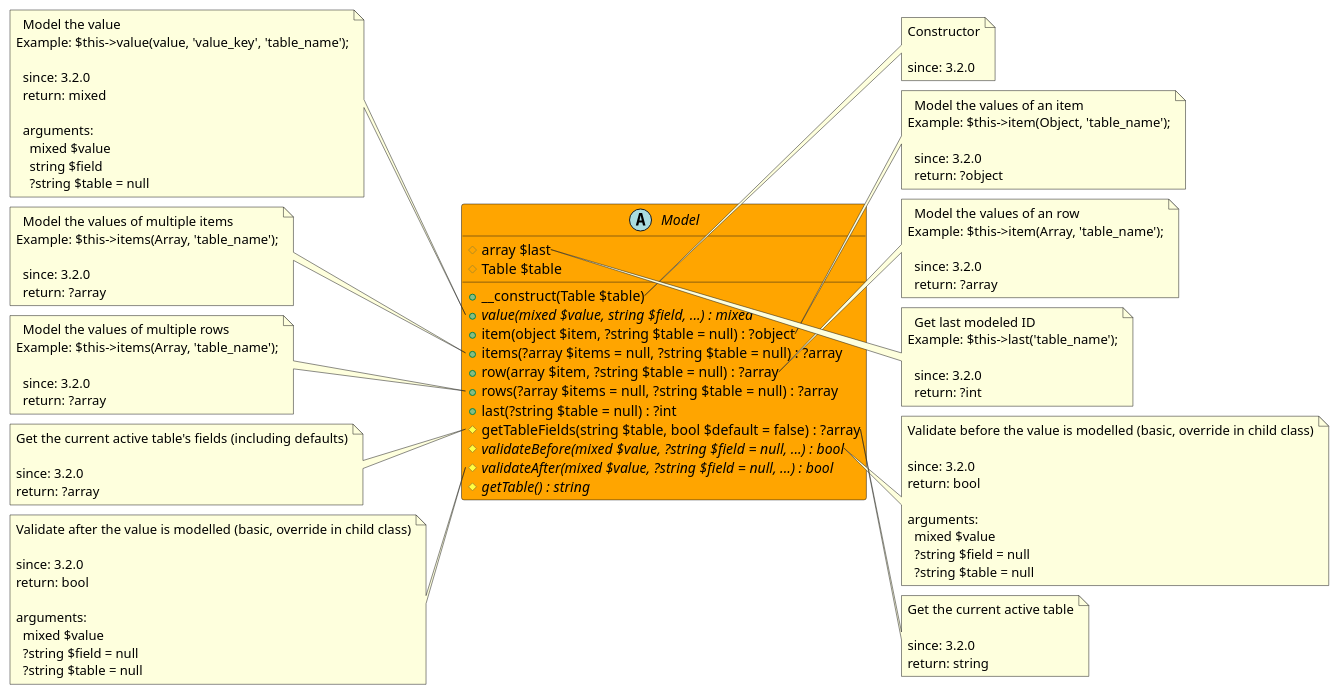
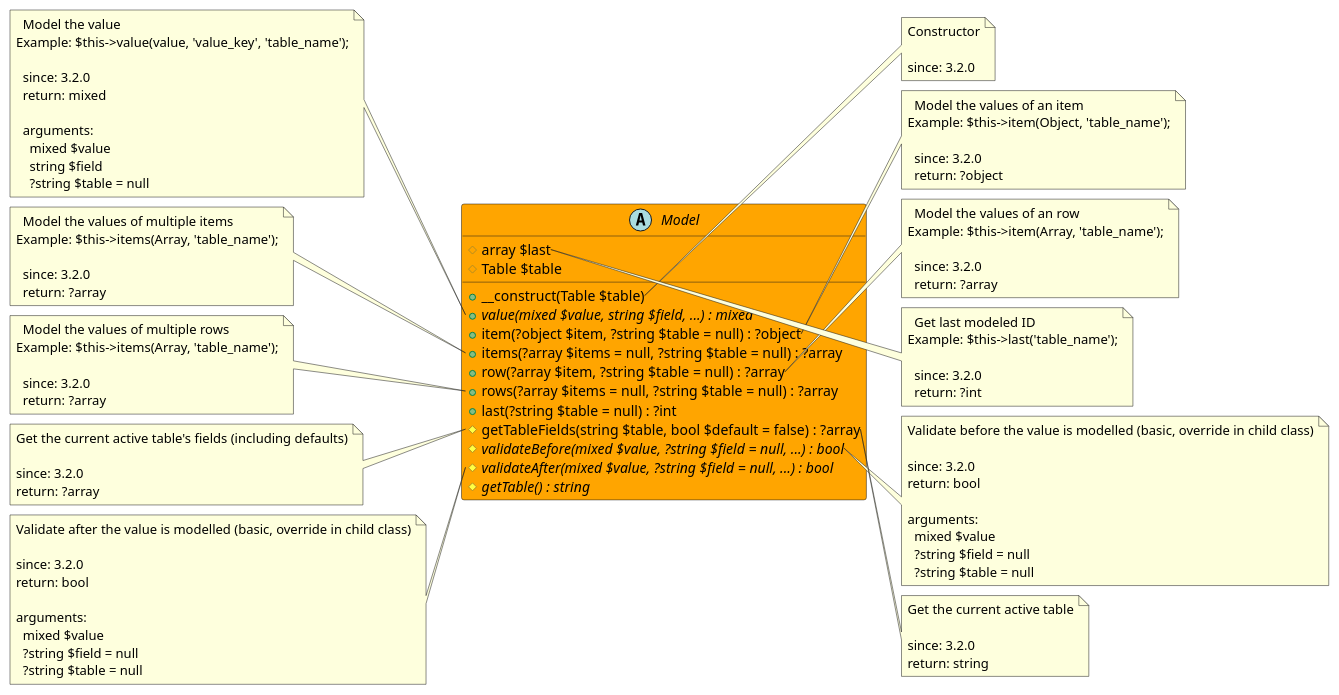
Before and after one commit to joomengine/super-powers: the diagram in src/584747d1-3a86-453d-b7a3-a2219de8d777/README.md, drawn with PlantUML. The commit also changed 2 other files, not shown here.

Commit message:
update 2023-06-21 03:10:00

```diff
--- a/src/584747d1-3a86-453d-b7a3-a2219de8d777/README.md
+++ b/src/584747d1-3a86-453d-b7a3-a2219de8d777/README.md
@@ -15,9 +15,9 @@
   # Table $table
   + __construct(Table $table)
   + {abstract} value(mixed $value, string $field, ...) : mixed
-  + item(object $item, ?string $table = null) : ?object
+  + item(?object $item, ?string $table = null) : ?object
   + items(?array $items = null, ?string $table = null) : ?array
-  + row(array $item, ?string $table = null) : ?array
+  + row(?array $item, ?string $table = null) : ?array
   + rows(?array $items = null, ?string $table = null) : ?array
   + last(?string $table = null) : ?int
   # getTableFields(string $table, bool $default = false) : ?array
```
